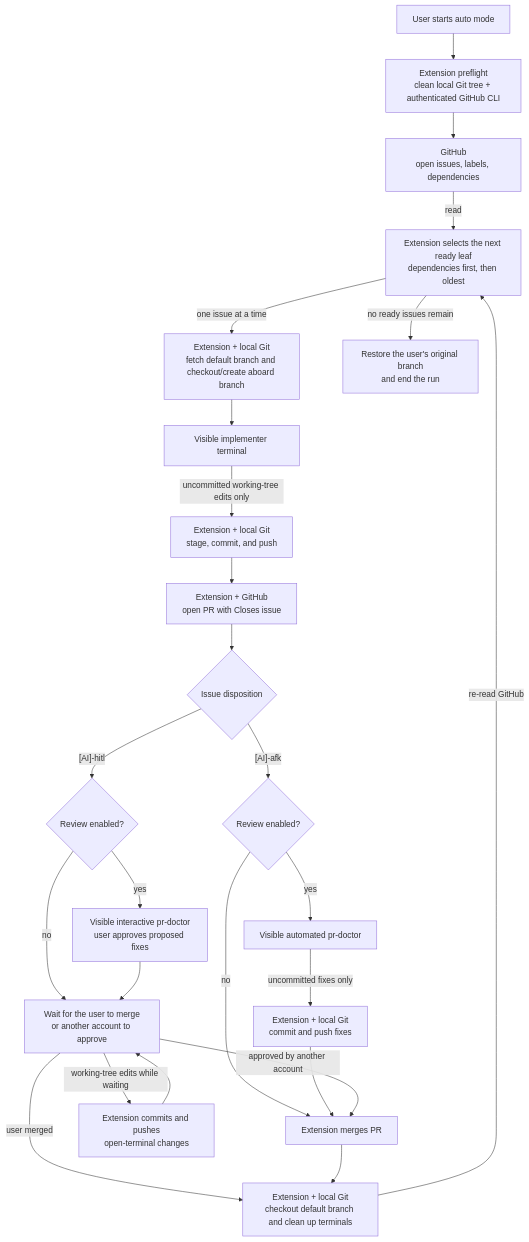
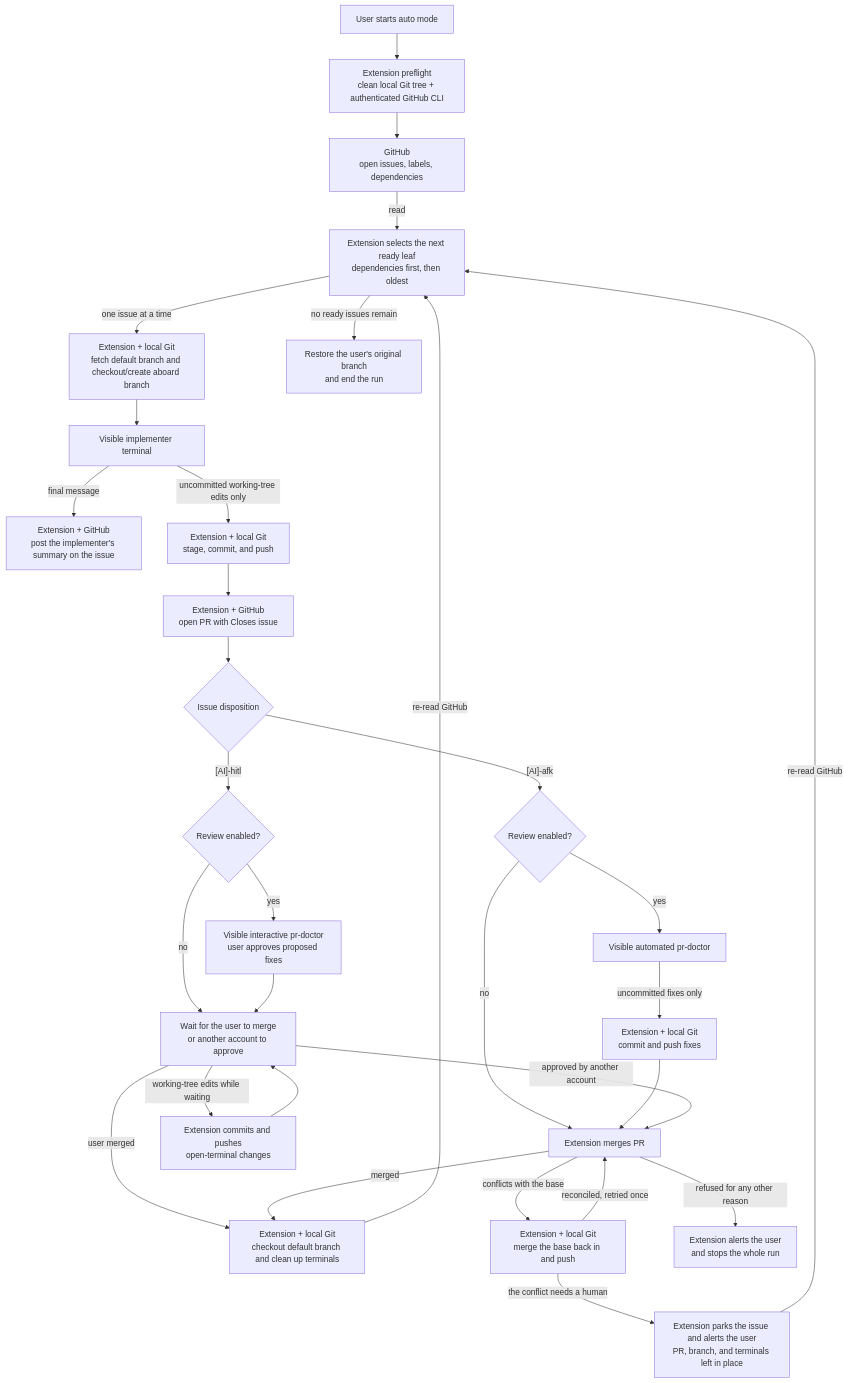
Before and after one commit to EmilienxD/harness: the diagram in AGENTS.md, drawn with Mermaid. The commit also changed other lines of this file and 9 other files, not shown here.

Commit message:
feat: add last ai message as a comment under the implemented issue & handle merge conflicts

````diff
--- a/AGENTS.md
+++ b/AGENTS.md
@@ -129,27 +129,33 @@
 ```mermaid
 flowchart TD
   START["User starts auto mode"] --> PREFLIGHT["Extension preflight<br/>clean local Git tree + authenticated GitHub CLI"]
   PREFLIGHT --> GH["GitHub<br/>open issues, labels, dependencies"]
   GH -->|read| SELECT["Extension selects the next ready leaf<br/>dependencies first, then oldest"]
   SELECT -->|one issue at a time| BRANCH["Extension + local Git<br/>fetch default branch and checkout/create aboard branch"]
   BRANCH --> IMPLEMENTER["Visible implementer terminal"]
+  IMPLEMENTER -->|final message| COMMENT["Extension + GitHub<br/>post the implementer's summary on the issue"]
   IMPLEMENTER -->|uncommitted working-tree edits only| COMMIT["Extension + local Git<br/>stage, commit, and push"]
   COMMIT --> PR["Extension + GitHub<br/>open PR with Closes issue"]
   PR --> DISPOSITION{"Issue disposition"}
   DISPOSITION -->|"[AI]-afk"| AFK_REVIEW{"Review enabled?"}
   AFK_REVIEW -->|yes| AFK_DOCTOR["Visible automated pr-doctor"]
   AFK_DOCTOR -->|uncommitted fixes only| AFK_FIXES["Extension + local Git<br/>commit and push fixes"]
   AFK_REVIEW -->|no| MERGE["Extension merges PR"]
   AFK_FIXES --> MERGE
   DISPOSITION -->|"[AI]-hitl"| HITL_REVIEW{"Review enabled?"}
   HITL_REVIEW -->|yes| HITL_DOCTOR["Visible interactive pr-doctor<br/>user approves proposed fixes"]
   HITL_REVIEW -->|no| WAIT["Wait for the user to merge<br/>or another account to approve"]
   HITL_DOCTOR --> WAIT
   WAIT -->|working-tree edits while waiting| CAPTURE["Extension commits and pushes<br/>open-terminal changes"]
   CAPTURE --> WAIT
   WAIT -->|user merged| CLEANUP["Extension + local Git<br/>checkout default branch and clean up terminals"]
   WAIT -->|approved by another account| MERGE
-  MERGE --> CLEANUP
+  MERGE -->|merged| CLEANUP
+  MERGE -->|conflicts with the base| RECONCILE["Extension + local Git<br/>merge the base back in and push"]
+  RECONCILE -->|reconciled, retried once| MERGE
+  RECONCILE -->|the conflict needs a human| PARK["Extension parks the issue and alerts the user<br/>PR, branch, and terminals left in place"]
+  MERGE -->|refused for any other reason| STOP["Extension alerts the user<br/>and stops the whole run"]
+  PARK -->|re-read GitHub| SELECT
   CLEANUP -->|re-read GitHub| SELECT
   SELECT -->|no ready issues remain| DONE["Restore the user's original branch<br/>and end the run"]
 ```
````
